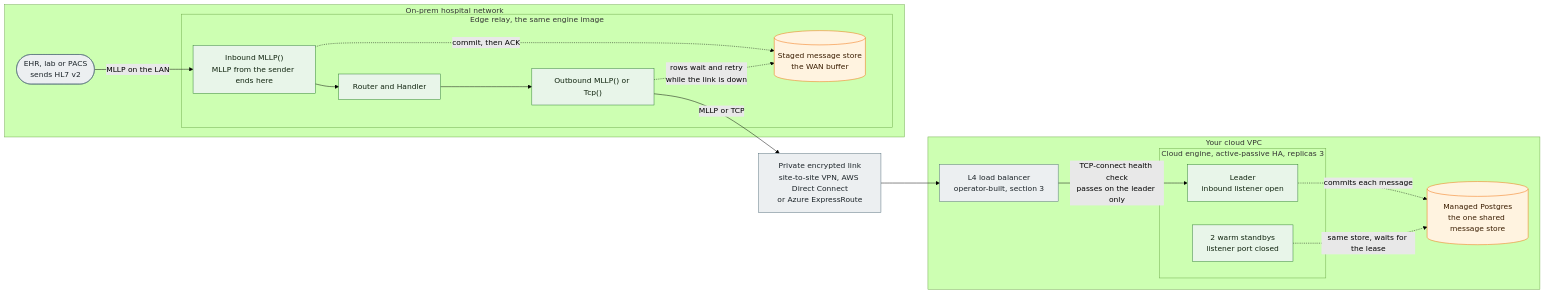
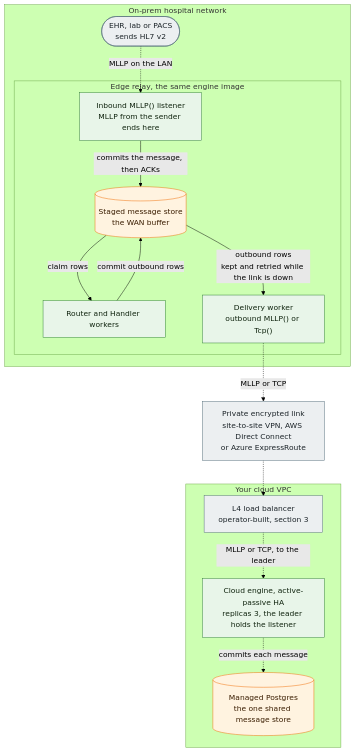
The diagram in docs/CLOUD-DEPLOYMENT.md (MEFORORG/MessageFoundry), drawn with Mermaid (forest theme) before and after one commit. The commit also changed other lines of this file, not shown here.

Commit message:
docs(cloud): route the relay's arrows through its store, and bound the buffer
Subject: cloud and edge relay topology diagram. Review round 1 fixes.

- Draw the relay as the staged pipeline it is: the listener commits and
  ACKs, the Router and Handler workers and the delivery worker each read
  from and write to the store. The first draft drew them in a line.
- Follow the set's arrow rule: dotted is a network hop, solid stays in
  one process. Top to bottom, so the labels keep their size.
- Fold the HA detail into one node and link section 3 and CLUSTERING.md,
  which own it.
- Say that MLLP() completes a row on the ACK and Tcp() on the write, and
  that the retry buffer is finite by default and a replayed row arrives
  out of order. Link the retry heading by anchor.
- The heading now says whose MLLP ends at the relay. A 5.2 heading keeps
  the older prose out from under the diagram's heading.

````diff
--- a/docs/CLOUD-DEPLOYMENT.md
+++ b/docs/CLOUD-DEPLOYMENT.md
@@ -241,38 +244,34 @@
 ```mermaid
-flowchart LR
+flowchart TB
   classDef core fill:#e8f5e9,stroke:#2e7d32,color:#10240f;
   classDef store fill:#fff3e0,stroke:#ef6c00,color:#3a1d00;
   classDef ext fill:#eceff1,stroke:#546e7a,color:#1c2429;
 
   subgraph SITE["On-prem hospital network"]
     SENDER(["EHR, lab or PACS<br/>sends HL7 v2"]):::ext
     subgraph RELAY["Edge relay, the same engine image"]
-      RELAY_IN["Inbound MLLP()<br/>MLLP from the sender ends here"]:::core
-      RELAY_LOGIC["Router and Handler"]:::core
-      RELAY_OUT["Outbound MLLP() or Tcp()"]:::core
+      RELAY_IN["Inbound MLLP() listener<br/>MLLP from the sender ends here"]:::core
       RELAY_STORE[("Staged message store<br/>the WAN buffer")]:::store
+      RELAY_WORK["Router and Handler workers"]:::core
+      RELAY_OUT["Delivery worker<br/>outbound MLLP() or Tcp()"]:::core
     end
   end
 
   WAN_LINK["Private encrypted link<br/>site-to-site VPN, AWS Direct Connect<br/>or Azure ExpressRoute"]:::ext
 
   subgraph CLOUD["Your cloud VPC"]
     LB["L4 load balancer<br/>operator-built, section 3"]:::ext
-    subgraph HA["Cloud engine, active-passive HA, replicas 3"]
-      LEADER["Leader<br/>inbound listener open"]:::core
-      STANDBY["2 warm standbys<br/>listener port closed"]:::core
-    end
+    CLOUD_ENGINE["Cloud engine, active-passive HA<br/>replicas 3, the leader holds the listener"]:::core
     CLOUD_STORE[("Managed Postgres<br/>the one shared message store")]:::store
   end
 
-  SENDER -->|"MLLP on the LAN"| RELAY_IN
-  RELAY_IN --> RELAY_LOGIC
-  RELAY_LOGIC --> RELAY_OUT
-  RELAY_IN -.->|"commit, then ACK"| RELAY_STORE
-  RELAY_OUT -.->|"rows wait and retry<br/>while the link is down"| RELAY_STORE
-  RELAY_OUT -->|"MLLP or TCP"| WAN_LINK
-  WAN_LINK --> LB
-  LB -->|"TCP-connect health check<br/>passes on the leader only"| LEADER
-  LEADER -.->|"commits each message"| CLOUD_STORE
-  STANDBY -.->|"same store, waits for the lease"| CLOUD_STORE
+  SENDER -.->|"MLLP on the LAN"| RELAY_IN
+  RELAY_IN -->|"commits the message, then ACKs"| RELAY_STORE
+  RELAY_STORE -->|"claim rows"| RELAY_WORK
+  RELAY_WORK -->|"commit outbound rows"| RELAY_STORE
+  RELAY_STORE -->|"outbound rows<br/>kept and retried while the link is down"| RELAY_OUT
+  RELAY_OUT -.->|"MLLP or TCP"| WAN_LINK
+  WAN_LINK -.-> LB
+  LB -.->|"MLLP or TCP, to the leader"| CLOUD_ENGINE
+  CLOUD_ENGINE -.->|"commits each message"| CLOUD_STORE
 ```
````
